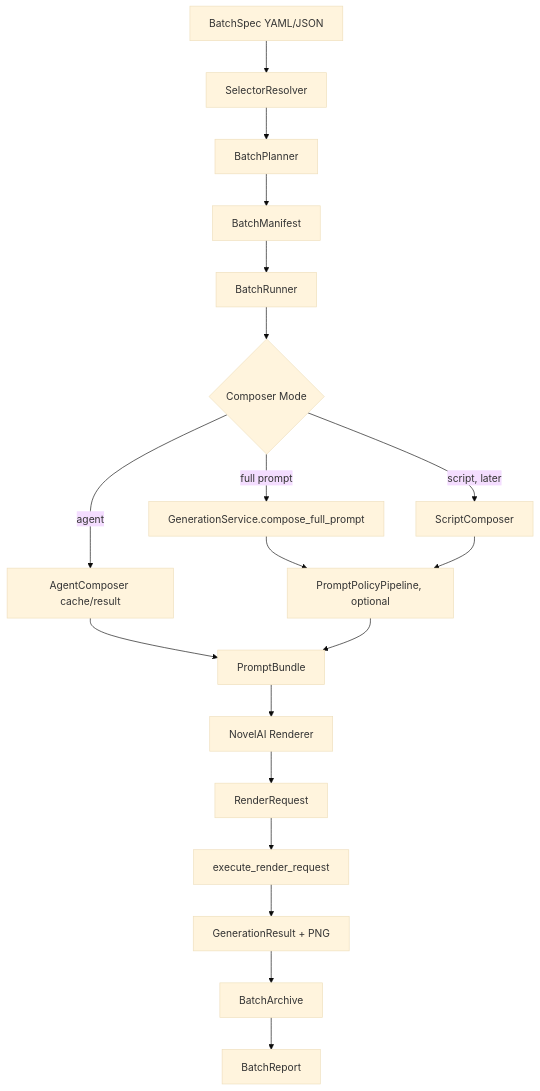
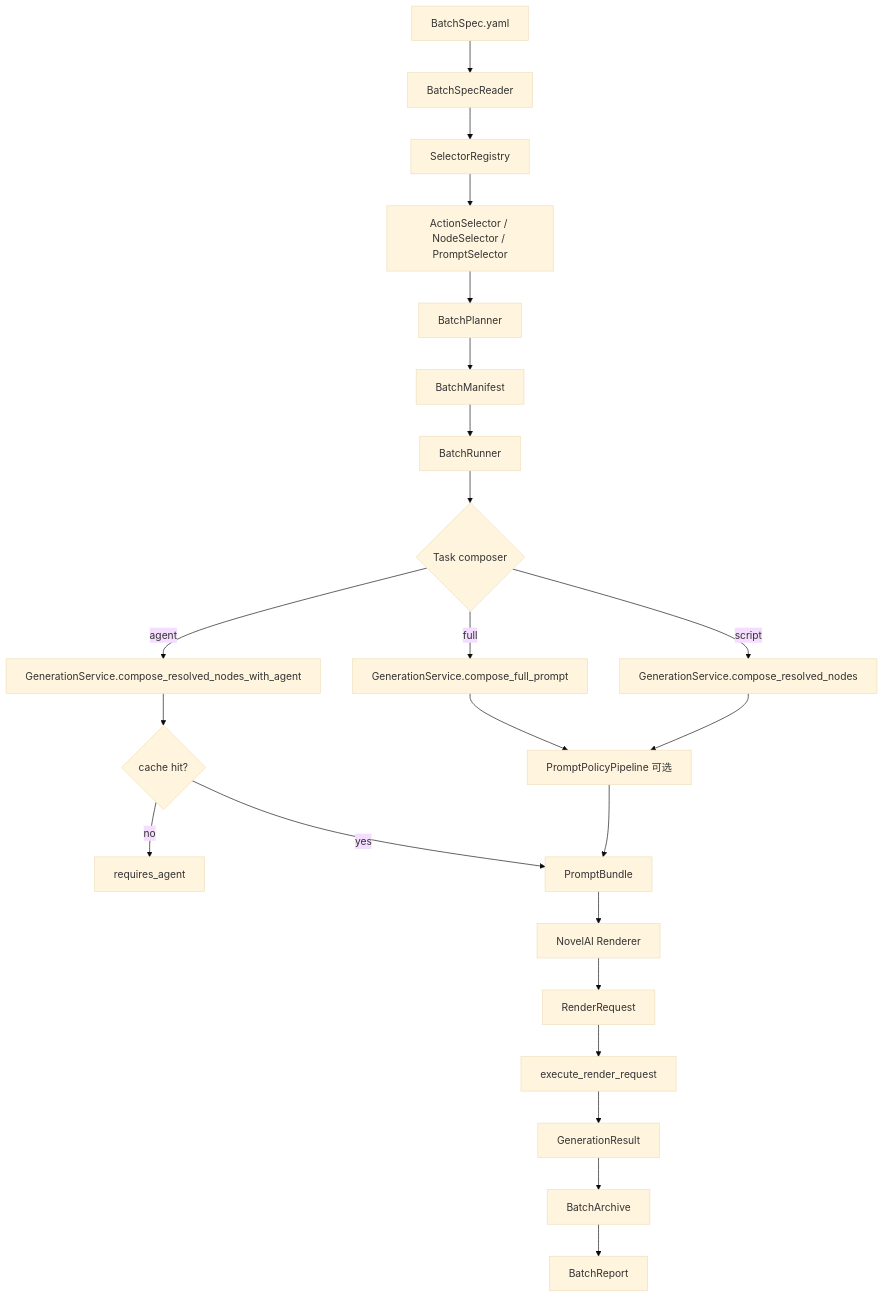
One commit to WeissGoat/PromptAtelier changed the diagram in docs/batch_generation_spec_v1.md. Above: the diagram before and after it, drawn with Mermaid (base theme). The commit also changed other lines of this file, not shown here.

Commit message:
Document batch generation architecture

````diff
--- a/docs/batch_generation_spec_v1.md
+++ b/docs/batch_generation_spec_v1.md
@@ -36,21 +88,25 @@
 ```mermaid
 flowchart TD
-  A["BatchSpec YAML/JSON"] --> B["SelectorResolver"]
-  B --> C["BatchPlanner"]
-  C --> D["BatchManifest"]
-  D --> E["BatchRunner"]
-  E --> F{"Composer Mode"}
-  F -->|full prompt| G["GenerationService.compose_full_prompt"]
-  F -->|agent| H["AgentComposer cache/result"]
-  F -->|script, later| I["ScriptComposer"]
-  G --> J["PromptPolicyPipeline, optional"]
-  H --> K["PromptBundle"]
-  I --> J
-  J --> K
-  K --> L["NovelAI Renderer"]
-  L --> M["RenderRequest"]
-  M --> N["execute_render_request"]
-  N --> O["GenerationResult + PNG"]
-  O --> P["BatchArchive"]
-  P --> Q["BatchReport"]
+  A["BatchSpec.yaml"] --> B["BatchSpecReader"]
+  B --> C["SelectorRegistry"]
+  C --> D["ActionSelector / NodeSelector / PromptSelector"]
+  D --> E["BatchPlanner"]
+  E --> F["BatchManifest"]
+  F --> G["BatchRunner"]
+  G --> H{"Task composer"}
+  H -->|full| I["GenerationService.compose_full_prompt"]
+  H -->|agent| J["GenerationService.compose_resolved_nodes_with_agent"]
+  H -->|script| K["GenerationService.compose_resolved_nodes"]
+  I --> L["PromptPolicyPipeline 可选"]
+  J --> M{"cache hit?"}
+  M -->|no| N["requires_agent"]
+  M -->|yes| O["PromptBundle"]
+  K --> L
+  L --> O
+  O --> P["NovelAI Renderer"]
+  P --> Q["RenderRequest"]
+  Q --> R["execute_render_request"]
+  R --> S["GenerationResult"]
+  S --> T["BatchArchive"]
+  T --> U["BatchReport"]
 ```
````
